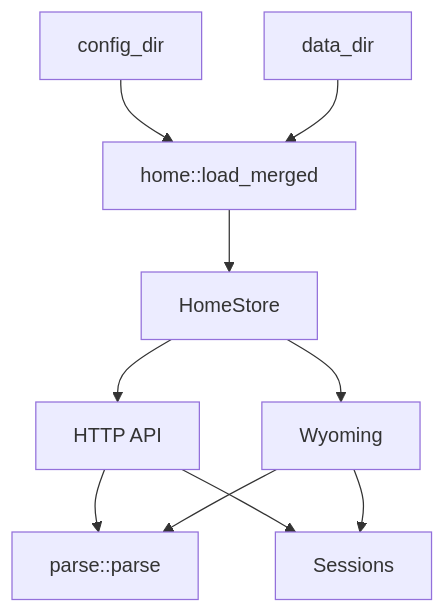
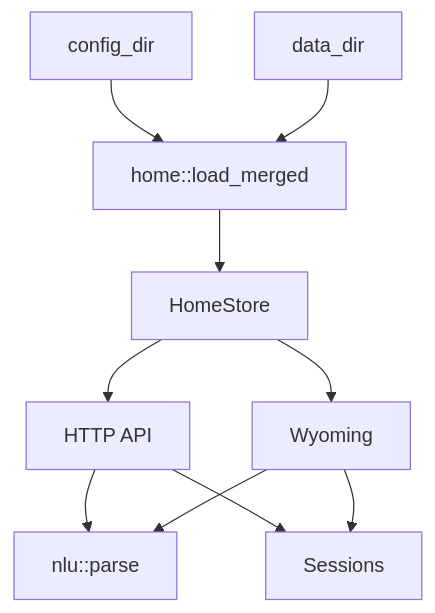
Before and after one commit to FABBricate-IT-Solutions/klar-ha-nlu: the diagram in docs/architecture.md, drawn with Mermaid. The commit also changed other lines of this file and 169 other files, not shown here.

````diff
--- a/docs/architecture.md
+++ b/docs/architecture.md
@@ -82,21 +70,21 @@
 ```mermaid
 flowchart TB
   configDir["config_dir"]
   dataDir["data_dir"]
   loadMerged["home::load_merged"]
   homeStore["HomeStore"]
   http["HTTP API"]
   wyoming["Wyoming"]
-  parse["parse::parse"]
+  parse["nlu::parse"]
   sessions["Sessions"]
 
   configDir --> loadMerged
   dataDir --> loadMerged
   loadMerged --> homeStore
   homeStore --> http
   homeStore --> wyoming
   http --> parse
   wyoming --> parse
   http --> sessions
   wyoming --> sessions
 ```
````
